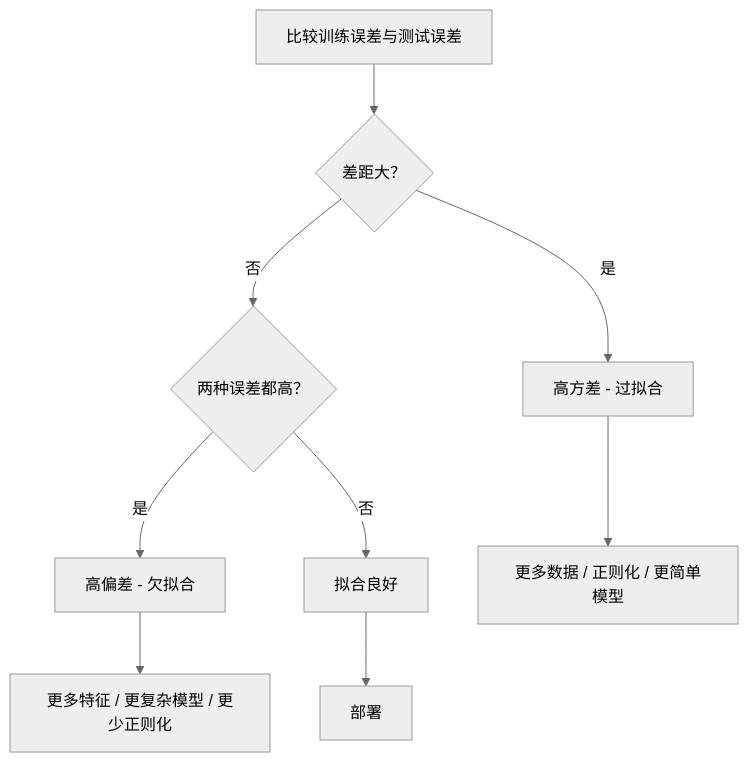
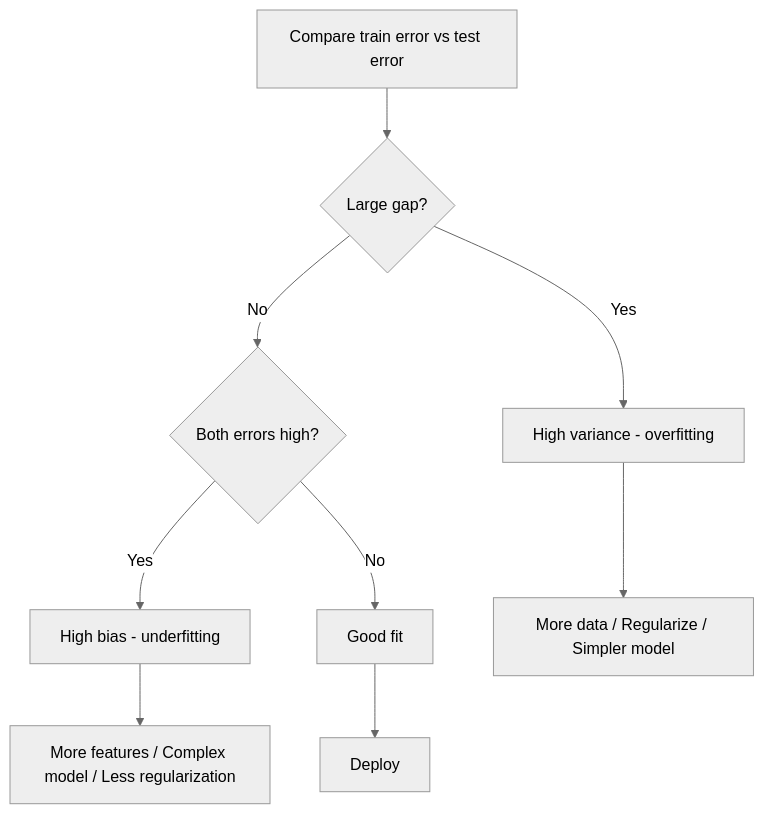
The third of 5 diagrams in i18n/zh/phases/02-ml-fundamentals/10-bias-variance/docs/zh.md (xiaojiaenen/ai-engineering-from-scratch-zh), drawn with Mermaid (neutral theme) before and after one commit. The commit also changed other lines of this file and 18 other files, not shown here.

````diff
--- a/i18n/zh/phases/02-ml-fundamentals/10-bias-variance/docs/zh.md
+++ b/i18n/zh/phases/02-ml-fundamentals/10-bias-variance/docs/zh.md
@@ -142,12 +142,12 @@
 ```mermaid
 flowchart TD
-    A[比较训练误差与测试误差] --> B{差距大？}
-    B -->|是| C[高方差 - 过拟合]
-    B -->|否| D{两种误差都高？}
-    D -->|是| E[高偏差 - 欠拟合]
-    D -->|否| F[拟合良好]
+    A[Compare train error vs test error] --> B{Large gap?}
+    B -->|Yes| C[High variance - overfitting]
+    B -->|No| D{Both errors high?}
+    D -->|Yes| E[High bias - underfitting]
+    D -->|No| F[Good fit]
 
-    C --> G[更多数据 / 正则化 / 更简单模型]
-    E --> H[更多特征 / 更复杂模型 / 更少正则化]
-    F --> I[部署]
+    C --> G[More data / Regularize / Simpler model]
+    E --> H[More features / Complex model / Less regularization]
+    F --> I[Deploy]
 ```
````
